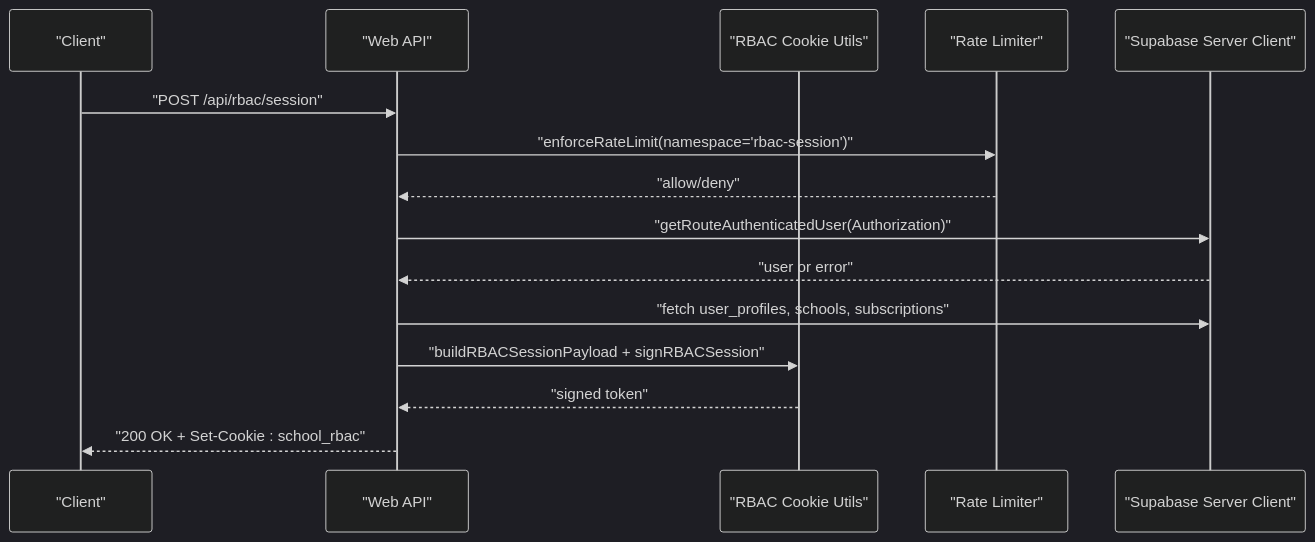
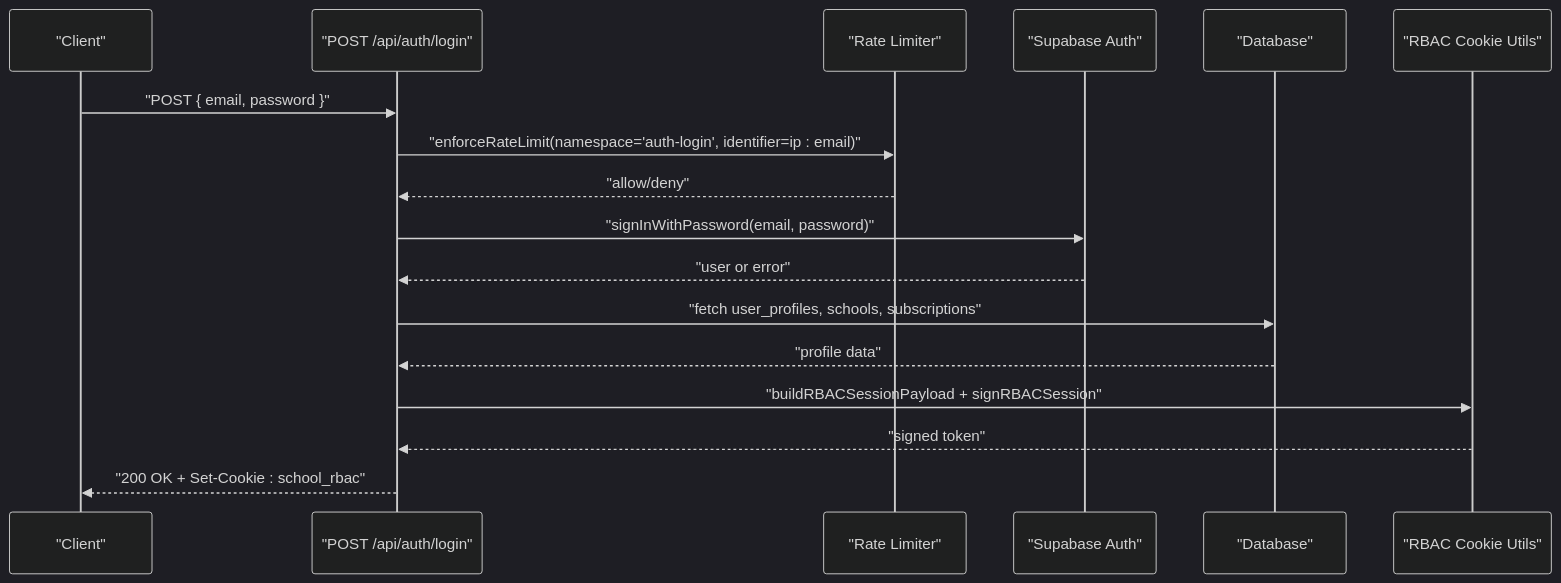
One commit to mustafaalkusaj/appschoolmustafa2002 changed the second of 6 diagrams in .qoder/repowiki/en/content/API Reference/Authentication API.md. Above: the diagram before and after it, drawn with Mermaid (dark theme). The commit also changed other lines of this file and 32884 other files, not shown here.

````diff
--- a/.qoder/repowiki/en/content/API Reference/Authentication API.md
+++ b/.qoder/repowiki/en/content/API Reference/Authentication API.md
@@ -119,17 +139,19 @@
 ```mermaid
 sequenceDiagram
 participant C as "Client"
-participant API as "Web API"
+participant L as "POST /api/auth/login"
+participant RL as "Rate Limiter"
+participant SB as "Supabase Auth"
+participant DB as "Database"
 participant RBAC as "RBAC Cookie Utils"
-participant RL as "Rate Limiter"
-participant SB as "Supabase Server Client"
-C->>API : "POST /api/rbac/session"
-API->>RL : "enforceRateLimit(namespace='rbac-session')"
-RL-->>API : "allow/deny"
-API->>SB : "getRouteAuthenticatedUser(Authorization)"
-SB-->>API : "user or error"
-API->>SB : "fetch user_profiles, schools, subscriptions"
-API->>RBAC : "buildRBACSessionPayload + signRBACSession"
-RBAC-->>API : "signed token"
-API-->>C : "200 OK + Set-Cookie : school_rbac"
+C->>L : "POST { email, password }"
+L->>RL : "enforceRateLimit(namespace='auth-login', identifier=ip : email)"
+RL-->>L : "allow/deny"
+L->>SB : "signInWithPassword(email, password)"
+SB-->>L : "user or error"
+L->>DB : "fetch user_profiles, schools, subscriptions"
+DB-->>L : "profile data"
+L->>RBAC : "buildRBACSessionPayload + signRBACSession"
+RBAC-->>L : "signed token"
+L-->>C : "200 OK + Set-Cookie : school_rbac"
 ```
````
